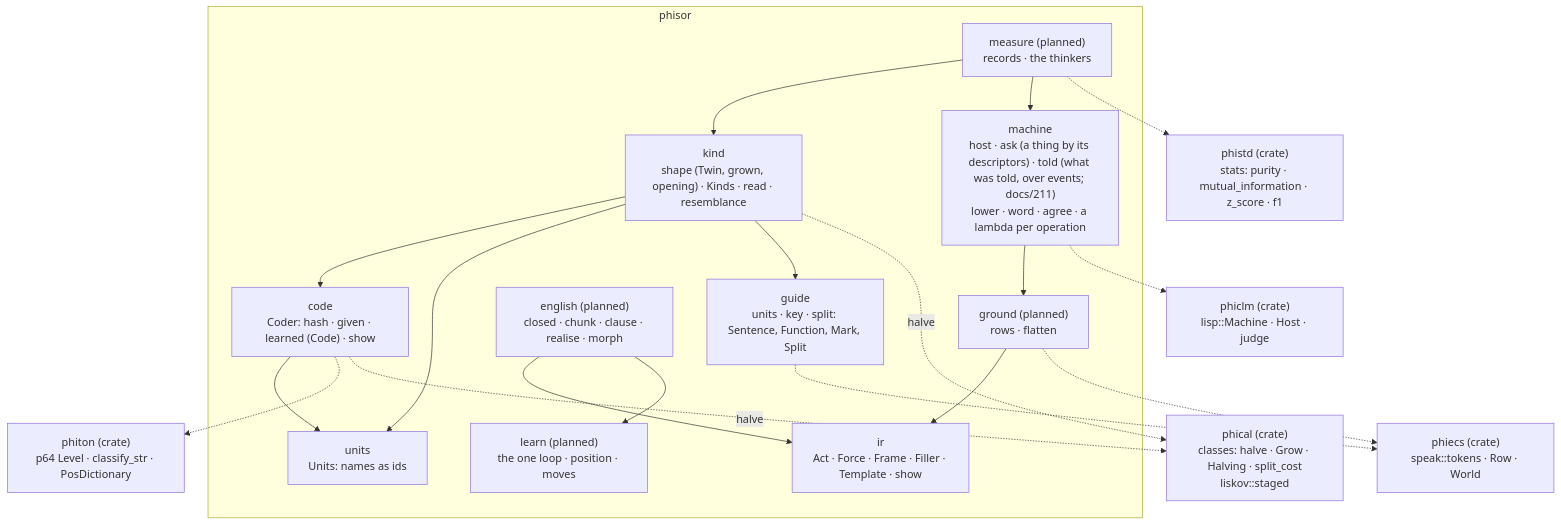
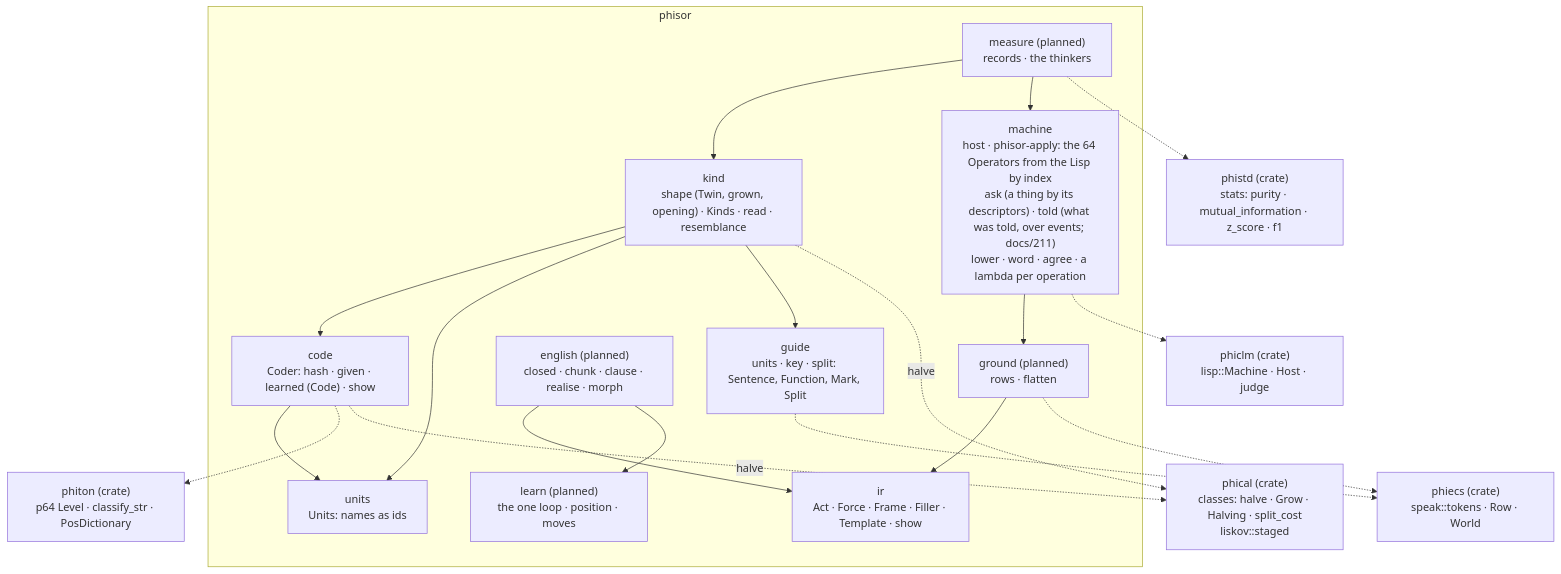
One commit to gemphi/phinet changed the first of 3 diagrams in crates/phisor/ARCHITECTURE.md. Above: the diagram before and after it, drawn with Mermaid. The commit also changed 28 other files, not shown here.

Commit message:
phisor machine: phisor-apply answers - the 64 keyboard Operators callable from the Lisp by index, operands by declared type, Faults as errors

````diff
--- a/crates/phisor/ARCHITECTURE.md
+++ b/crates/phisor/ARCHITECTURE.md
@@ -5,37 +5,37 @@
 ```mermaid
 graph TB
     subgraph crate["phisor"]
         ir["ir<br/>Act · Force · Frame · Filler · Template · show"]
         guide["guide<br/>units · key · split: Sentence, Function, Mark, Split"]
         code["code<br/>Coder: hash · given · learned (Code) · show"]
         kind["kind<br/>shape (Twin, grown, opening) · Kinds · read · resemblance"]
         units["units<br/>Units: names as ids"]
         english["english (planned)<br/>closed · chunk · clause · realise · morph"]
         learn["learn (planned)<br/>the one loop · position · moves"]
         ground["ground (planned)<br/>rows · flatten"]
-        machine["machine<br/>host · ask (a thing by its descriptors) · told (what was told, over events; docs/211)<br/>lower · word · agree · a lambda per operation"]
+        machine["machine<br/>host · phisor-apply: the 64 Operators from the Lisp by index<br/>ask (a thing by its descriptors) · told (what was told, over events; docs/211)<br/>lower · word · agree · a lambda per operation"]
         measure["measure (planned)<br/>records · the thinkers"]
     end
     code --> units
     kind --> code
     kind --> units
     kind --> guide
     english --> ir
     english --> learn
     ground --> ir
     machine --> ground
     measure --> kind
     measure --> machine
     X_phiton["phiton (crate)<br/>p64 Level · classify_str · PosDictionary"]
     X_phical["phical (crate)<br/>classes: halve · Grow · Halving · split_cost<br/>liskov::staged"]
     X_phistd["phistd (crate)<br/>stats: purity · mutual_information · z_score · f1"]
     X_phiecs["phiecs (crate)<br/>speak::tokens · Row · World"]
     X_phiclm["phiclm (crate)<br/>lisp::Machine · Host · judge"]
     code -.-> X_phiton
     code -.->|"halve"| X_phical
     kind -.->|"halve"| X_phical
     guide -.-> X_phiecs
     ground -.-> X_phiecs
     machine -.-> X_phiclm
     measure -.-> X_phistd
 ```
````
